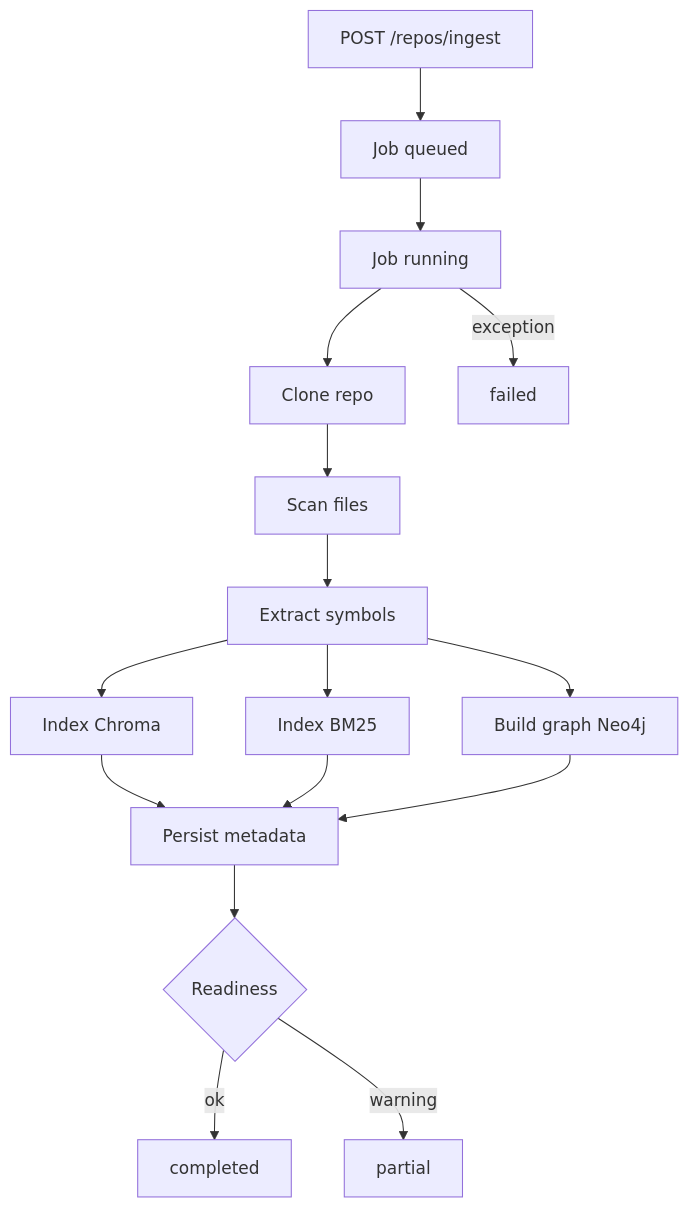
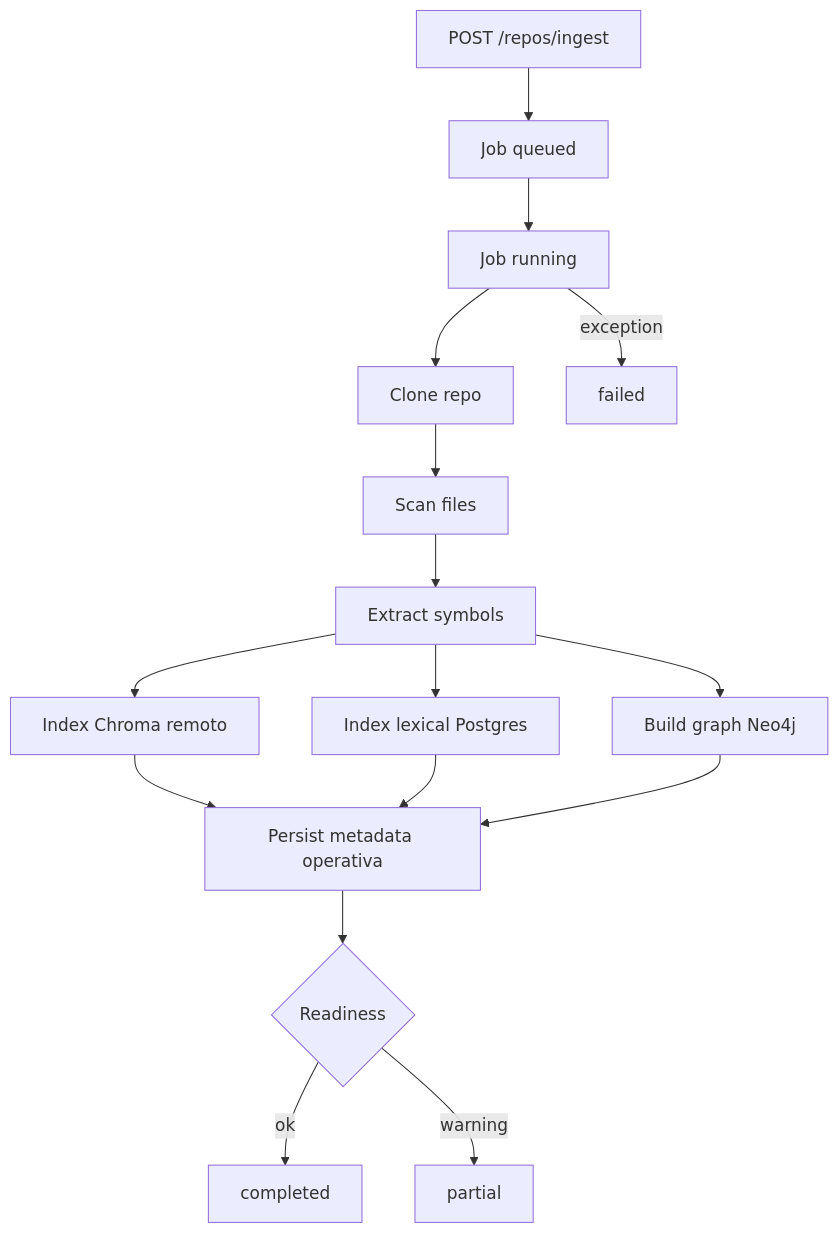
One commit to gherrerz/KDB-RAG-Repo changed the fifth of 10 diagrams in docs/ARCHITECTURE.md. Above: the diagram before and after it, drawn with Mermaid. The commit also changed other lines of this file and 11 other files, not shown here.

Commit message:
docs: align runtime architecture references

````diff
--- a/docs/ARCHITECTURE.md
+++ b/docs/ARCHITECTURE.md
@@ -178,18 +186,18 @@
 ```mermaid
 flowchart TB
     A[POST /repos/ingest] --> B[Job queued]
     B --> C[Job running]
     C --> D[Clone repo]
     D --> E[Scan files]
     E --> F[Extract symbols]
-    F --> G[Index Chroma]
-    F --> H[Index BM25]
+    F --> G[Index Chroma remoto]
+    F --> H[Index lexical Postgres]
     F --> I[Build graph Neo4j]
-    G --> J[Persist metadata]
+    G --> J[Persist metadata operativa]
     H --> J
     I --> J
     J --> K{Readiness}
     K -->|ok| L[completed]
     K -->|warning| M[partial]
     C -->|exception| N[failed]
 ```
````
